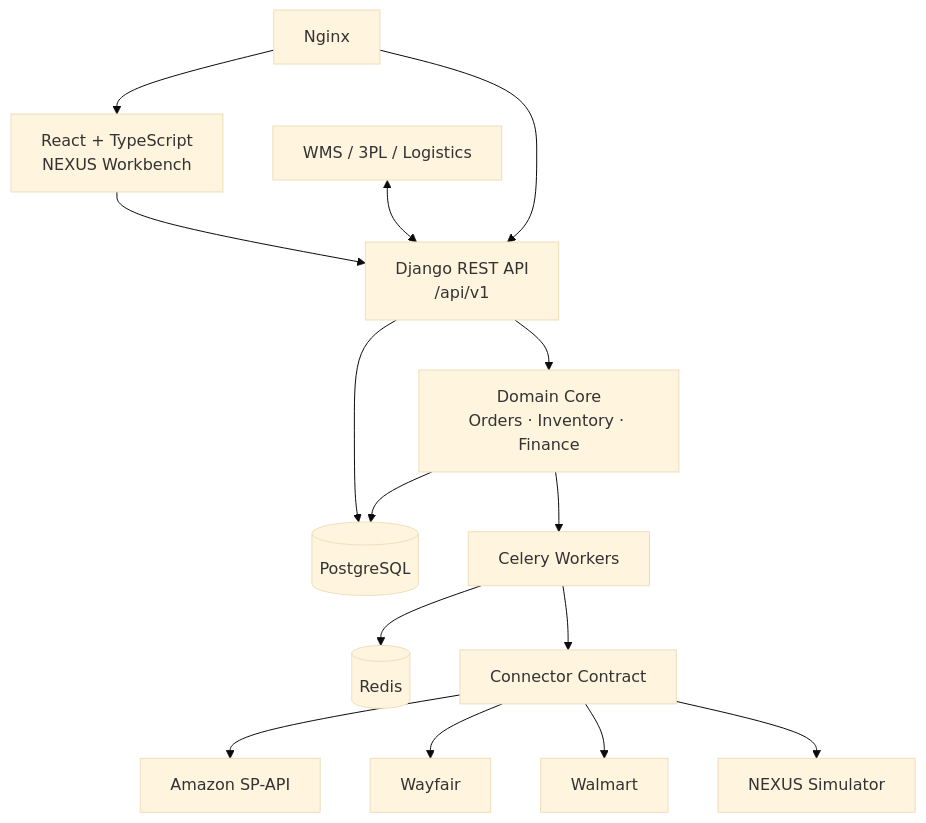
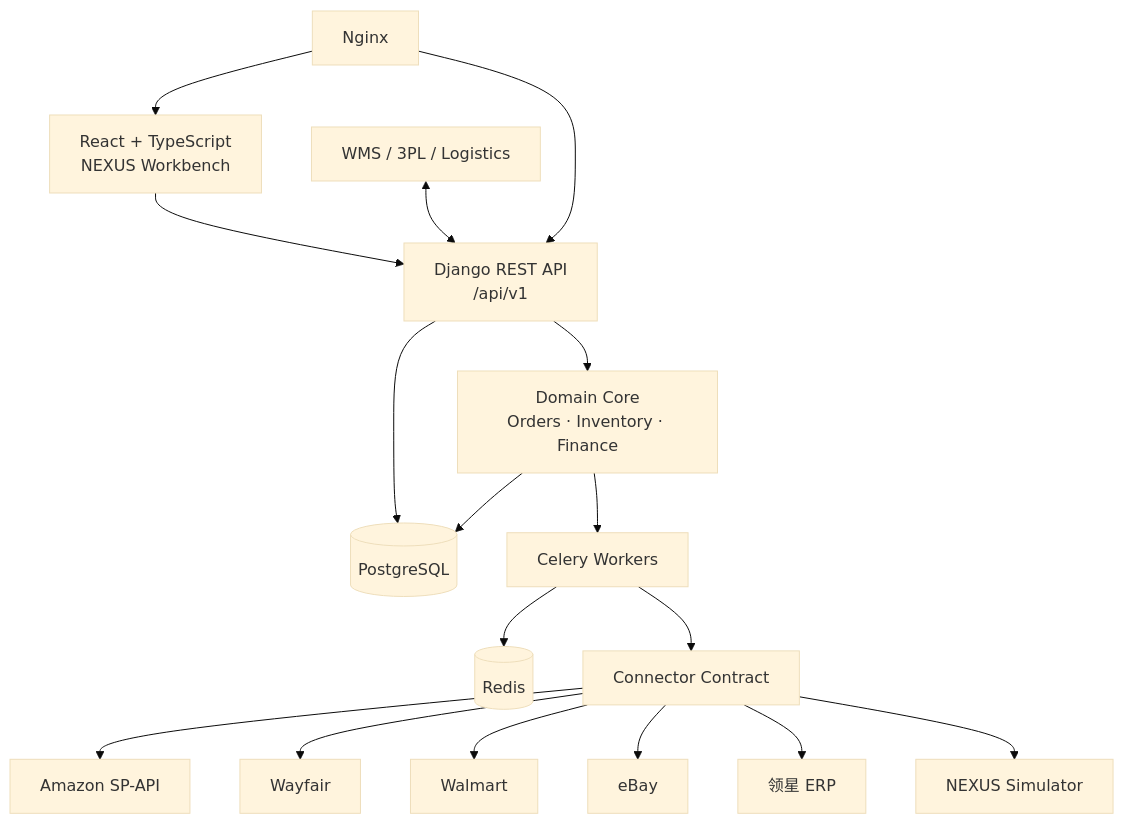
The second of 2 diagrams in README.md (JimMinseay3/nexus-commerce-os), drawn with Mermaid (base theme) before and after one commit. The commit also changed other lines of this file and 36 other files, not shown here.

````diff
--- a/README.md
+++ b/README.md
@@ -82,17 +84,19 @@
 ```mermaid
 graph TB
     UI[React + TypeScript<br/>NEXUS Workbench] --> API[Django REST API<br/>/api/v1]
     API --> CORE[Domain Core<br/>Orders · Inventory · Finance]
     API --> PG[(PostgreSQL)]
     CORE --> PG
     CORE --> CELERY[Celery Workers]
     CELERY --> REDIS[(Redis)]
     CELERY --> CONNECTORS[Connector Contract]
     CONNECTORS --> AMZ[Amazon SP-API]
     CONNECTORS --> WAY[Wayfair]
     CONNECTORS --> WMT[Walmart]
+    CONNECTORS --> EBAY[eBay]
+    CONNECTORS --> LX[领星 ERP]
     CONNECTORS --> SIM[NEXUS Simulator]
     WMS[WMS / 3PL / Logistics] <--> API
     NGINX[Nginx] --> UI
     NGINX --> API
 ```
````
